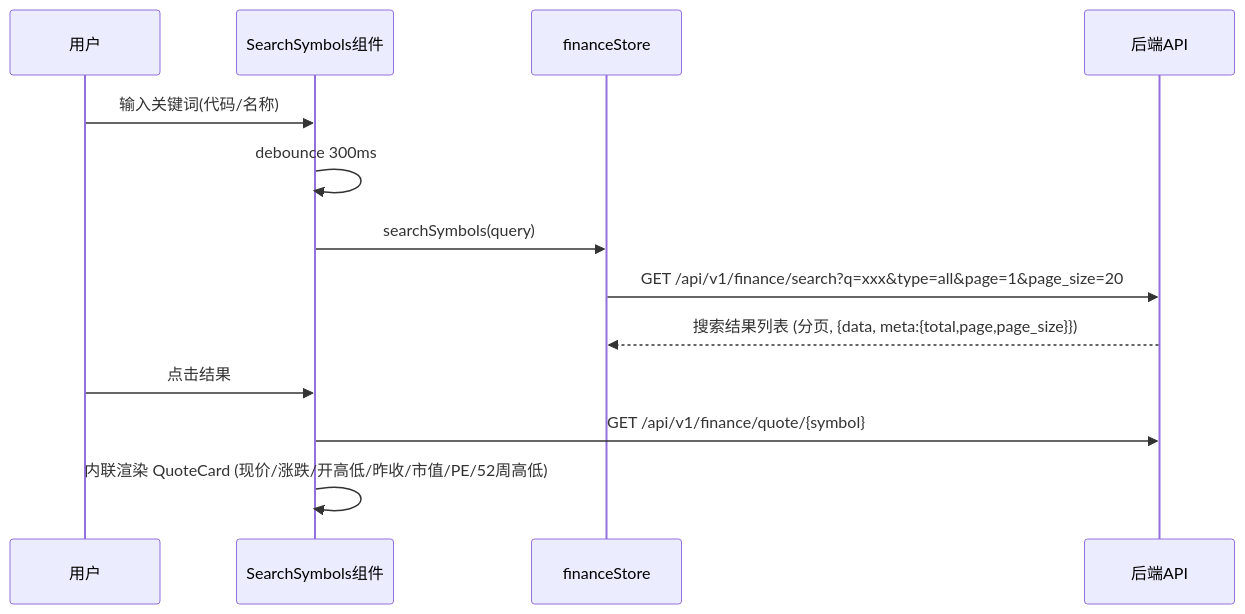
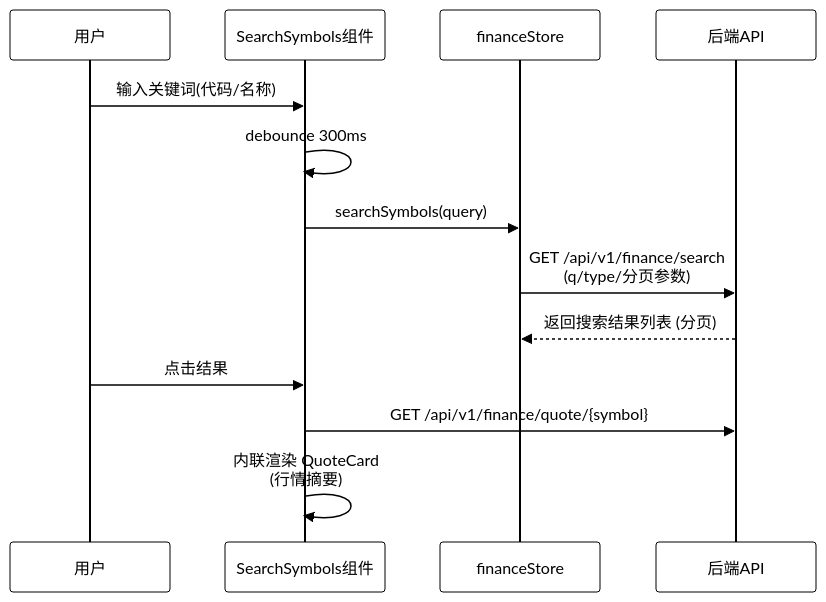
The first of 6 diagrams in docs/design/finance-tab.md (onceme/instantboard), drawn with Mermaid before and after one commit. The commit also changed other lines of this file and 11 other files, not shown here.

Commit message:
docs: unify mermaid diagrams to black-and-white orthogonal style

````diff
--- a/docs/design/finance-tab.md
+++ b/docs/design/finance-tab.md
@@ -24,16 +24,17 @@
 ```mermaid
+%%{init: {"theme": "base", "themeVariables": {"background": "#ffffff", "actorBkg": "#ffffff", "actorBorder": "#000000", "actorTextColor": "#000000", "actorLineColor": "#000000", "noteBkgColor": "#ffffff", "noteTextColor": "#000000", "noteBorderColor": "#000000", "activationBkgColor": "#ffffff", "activationBorderColor": "#000000", "signalColor": "#000000", "signalTextColor": "#000000", "labelBoxBkgColor": "#ffffff", "labelBoxBorderColor": "#000000", "labelTextColor": "#000000", "loopTextColor": "#000000", "altSectionBkgColor": "#ffffff", "sequenceNumberColor": "#000000", "fontSize": "14px"}, "sequence": {"mirrorActors": true, "actorMargin": 50, "width": 160, "height": 50, "messageMargin": 40, "noteMargin": 10, "boxMargin": 8, "wrap": true}}}%%
 sequenceDiagram
     participant U as 用户
     participant SB as SearchSymbols组件
     participant ST as financeStore
     participant API as 后端API
 
     U->>SB: 输入关键词(代码/名称)
     SB->>SB: debounce 300ms
     SB->>ST: searchSymbols(query)
-    ST->>API: GET /api/v1/finance/search?q=xxx&type=all&page=1&page_size=20
-    API-->>ST: 搜索结果列表 (分页, {data, meta:{total,page,page_size}})
+    ST->>API: GET /api/v1/finance/search (q/type/分页参数)
+    API-->>ST: 返回搜索结果列表 (分页)
     U->>SB: 点击结果
     SB->>API: GET /api/v1/finance/quote/{symbol}
-    SB->>SB: 内联渲染 QuoteCard (现价/涨跌/开高低/昨收/市值/PE/52周高低)
+    SB->>SB: 内联渲染 QuoteCard (行情摘要)
 ```
````
